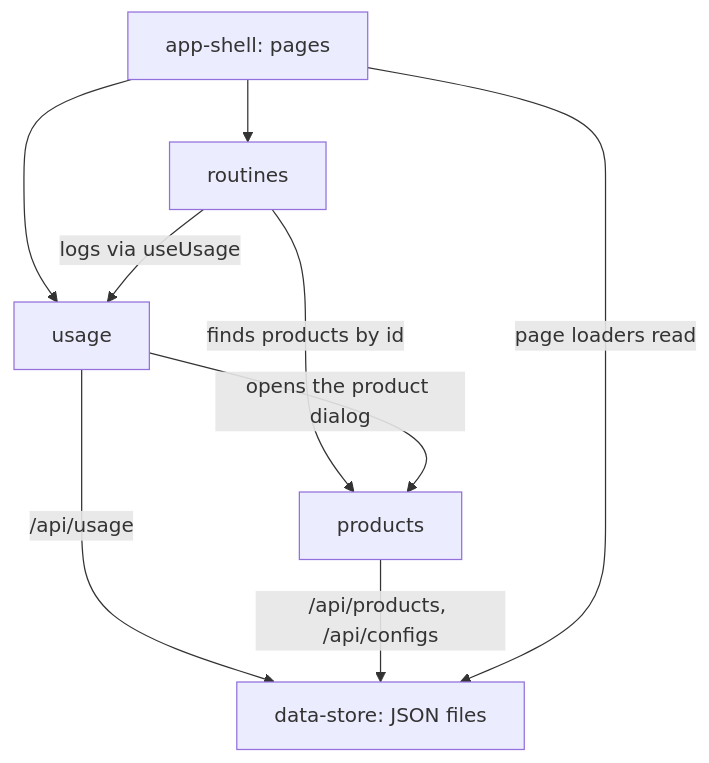
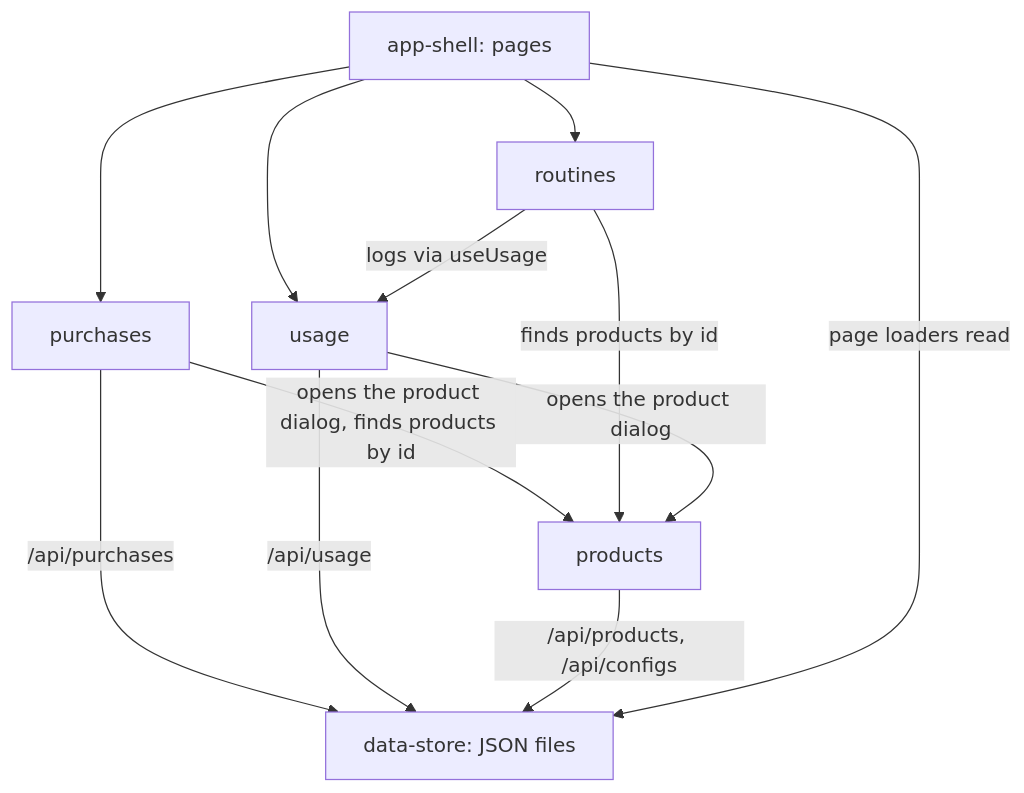
The diagram in docs/high-level-design.md (hilaryzen/beauty-tracker), drawn with Mermaid before and after one commit. The commit also changed other lines of this file, not shown here.

Commit message:
docs: add purchases segment to the HLD

````diff
--- a/docs/high-level-design.md
+++ b/docs/high-level-design.md
@@ -58,11 +59,14 @@
 ```mermaid
 flowchart TD
   shell[app-shell: pages] --> routines
   shell --> usage
+  shell --> purchases
+  purchases -->|opens the product dialog, finds products by id| products
+  purchases -->|/api/purchases| store
   routines -->|logs via useUsage| usage
   routines -->|finds products by id| products
   usage -->|opens the product dialog| products
   usage -->|/api/usage| store[data-store: JSON files]
   products -->|/api/products, /api/configs| store
   shell -->|page loaders read| store
 ```
````
